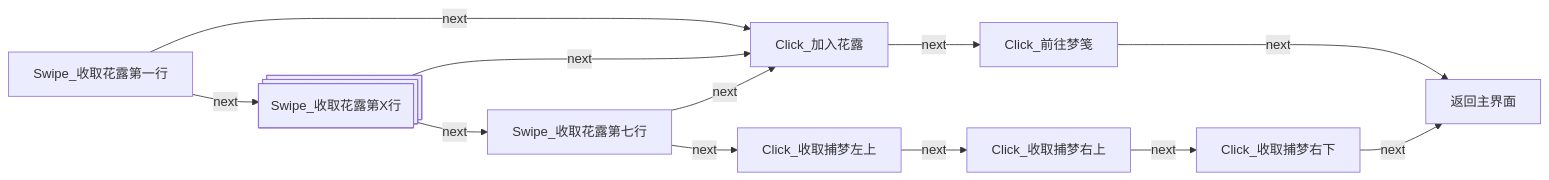
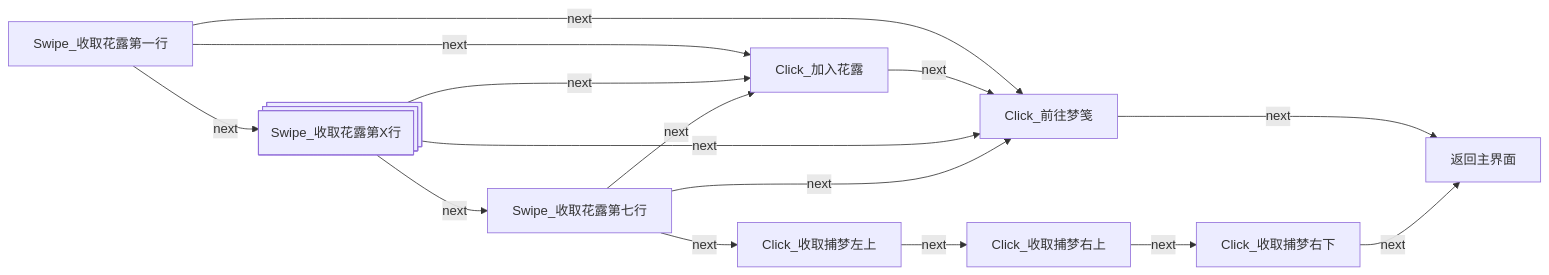
Before and after one commit to Coxwtwo/MaaTOT: diagram 13 of 24 in docs/zh_cn/Pipeline.md, drawn with Mermaid. The commit also changed other lines of this file, not shown here.

Commit message:
docs：完善开发说明和流程图

````diff
--- a/docs/zh_cn/Pipeline.md
+++ b/docs/zh_cn/Pipeline.md
@@ -216,14 +276,17 @@
 ```mermaid
 flowchart LR
+    n6["Swipe_收取花露第一行"] -->|next| n8["Click_前往梦笺"]
     n6["Swipe_收取花露第一行"] -->|next| n7["Click_加入花露"]
-    n6 -->|next| n8@{ shape: processes, label: "Swipe_收取花露第X行"}
-    n8 -->|next| n7["Click_加入花露"]
-    n8 -->|next| n9["Swipe_收取花露第七行"]
+    n6 -->|next| n9@{ shape: processes, label: "Swipe_收取花露第X行"}
+    n7 -->|next| n8["Click_前往梦笺"]
+    n8 -->|next| n00["返回主界面"]
     n9 -->|next| n7["Click_加入花露"]
-    n9 -->|next| n10["Click_收取捕梦左上"]
-    n7 -->|next| n11["Click_前往梦笺"]
-    n11 -->|next| n00["返回主界面"]
-    n10["Click_收取捕梦左上"] -->|next| n12["Click_收取捕梦右上"]
+    n9 -->|next| n8["Click_前往梦笺"]
+    n9 -->|next| n10["Swipe_收取花露第七行"]
+    n10 -->|next| n7["Click_加入花露"]
+    n10 -->|next| n8["Click_前往梦笺"]
+    n10 -->|next| n11["Click_收取捕梦左上"]
+    n11["Click_收取捕梦左上"] -->|next| n12["Click_收取捕梦右上"]
     n12["Click_收取捕梦右上"] -->|next| n13["Click_收取捕梦右下"]
     n13["Click_收取捕梦右下"] -->|next| n00
 ```
````
